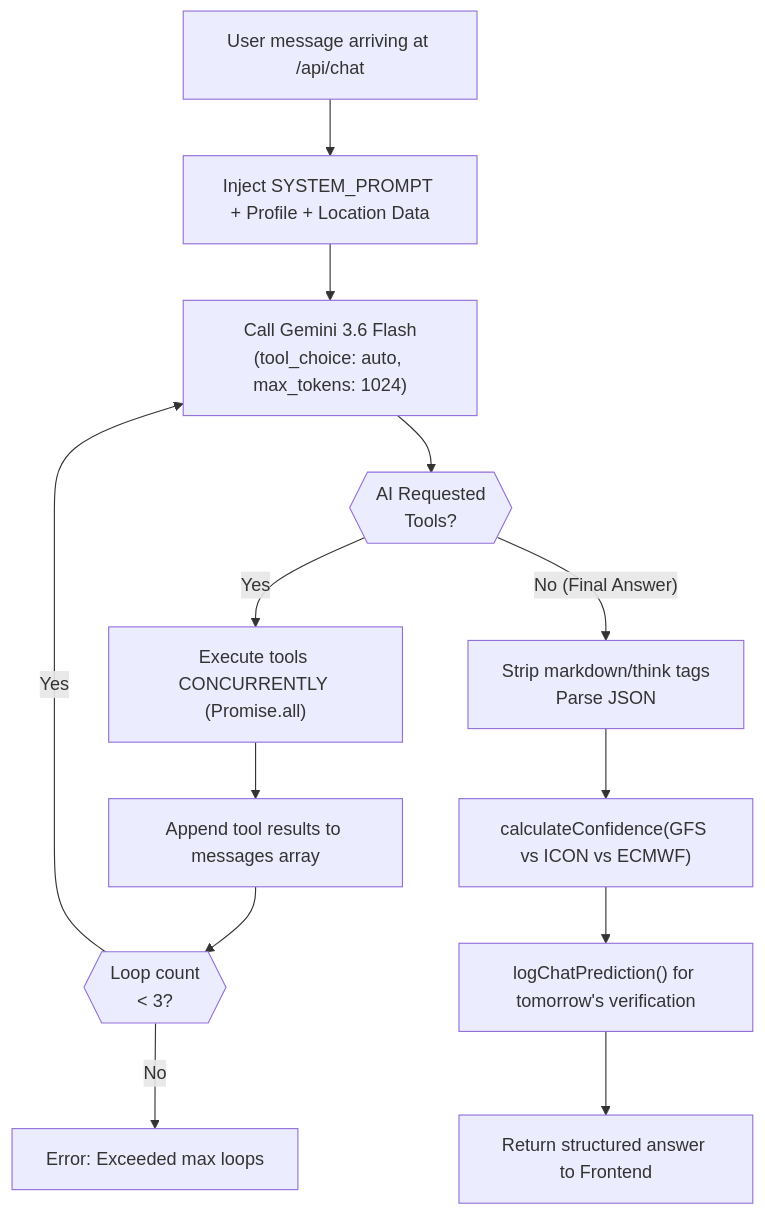
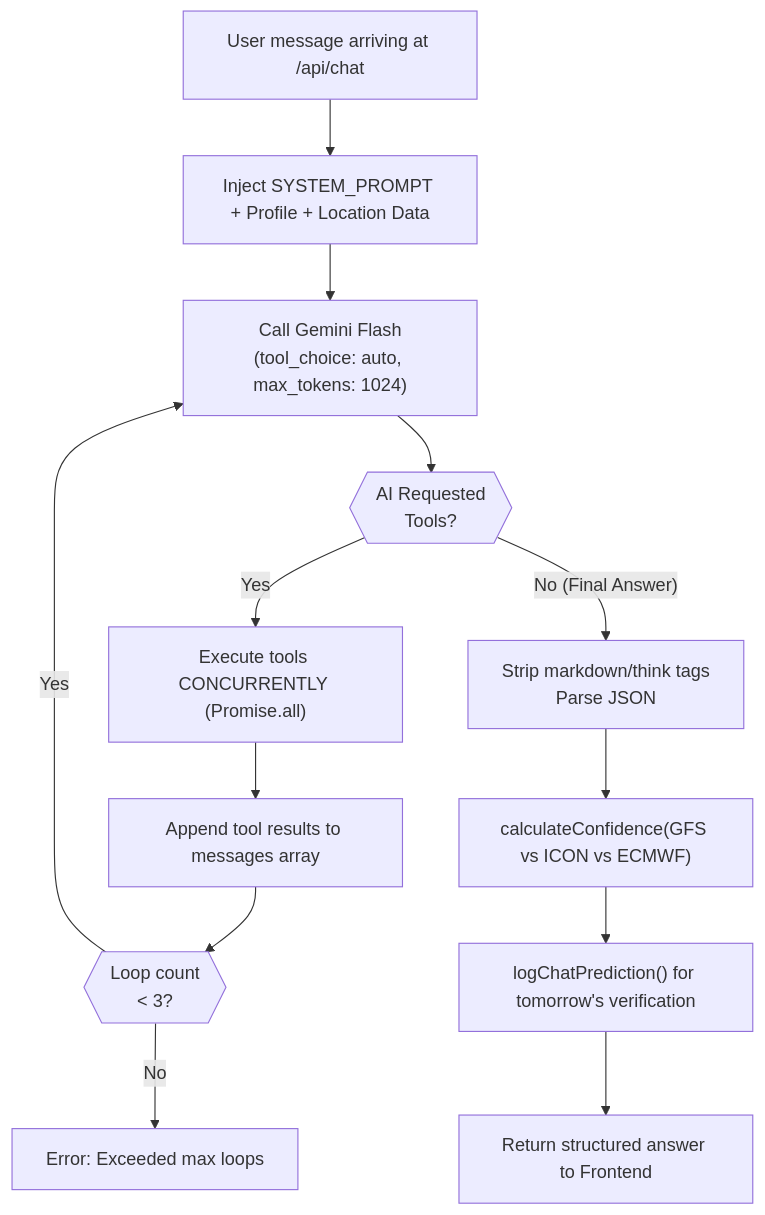
Before and after one commit to omcodes16/make-to-win: the second of 6 diagrams in README.md, drawn with Mermaid. The commit also changed other lines of this file, not shown here.

Commit message:
docs: restructure README with full SIH26068 project details, status, team, data sources, and architecture

````diff
--- a/README.md
+++ b/README.md
@@ -281,18 +499,18 @@
 ```mermaid
 flowchart TD
     Start["User message arriving at /api/chat"] --> BuildPrompt["Inject SYSTEM_PROMPT + Profile + Location Data"]
-    BuildPrompt --> CallAI["Call Gemini 3.6 Flash\n(tool_choice: auto, max_tokens: 1024)"]
+    BuildPrompt --> CallAI["Call Gemini Flash\n(tool_choice: auto, max_tokens: 1024)"]
     CallAI --> ToolCheck{{"AI Requested\nTools?"}}
 
     ToolCheck -- "Yes" --> ExecTools["Execute tools CONCURRENTLY (Promise.all)"]
     ExecTools --> Append["Append tool results to messages array"]
     Append --> LoopCheck{{"Loop count\n< 3?"}}
 
     LoopCheck -- "Yes" --> CallAI
     LoopCheck -- "No" --> Error["Error: Exceeded max loops"]
 
     ToolCheck -- "No (Final Answer)" --> Clean["Strip markdown/think tags\nParse JSON"]
     Clean --> Conf["calculateConfidence(GFS vs ICON vs ECMWF)"]
     Conf --> Log["logChatPrediction() for tomorrow's verification"]
     Log --> Return["Return structured answer to Frontend"]
 ```
````
